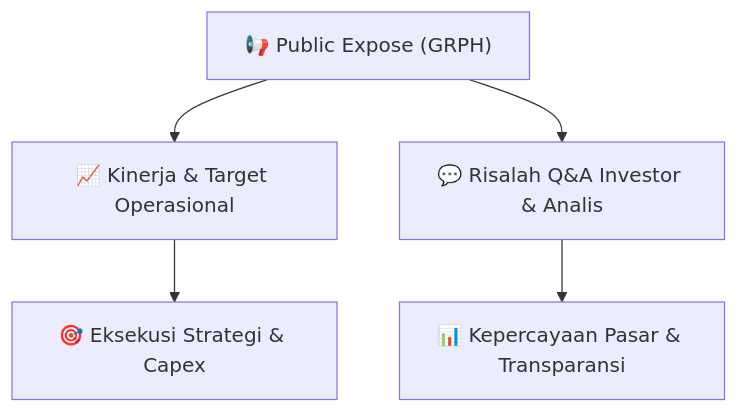
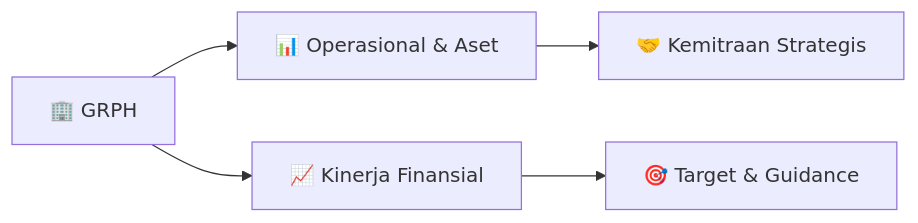
The diagram in reports/summaries/public-exposes/informasi-pubex/GRPH_Public_Expose_20260909.md (anYoneo/alphadigest-idx), drawn with Mermaid before and after one commit. The commit also changed other lines of this file and 526 other files, not shown here.

````diff
--- a/reports/summaries/public-exposes/informasi-pubex/GRPH_Public_Expose_20260909.md
+++ b/reports/summaries/public-exposes/informasi-pubex/GRPH_Public_Expose_20260909.md
@@ -38,7 +46,7 @@
 ```mermaid
-flowchart TD
-    A["📢 Public Expose (GRPH)"] --> B["📈 Kinerja & Target Operasional"]
-    A --> C["💬 Risalah Q&A Investor & Analis"]
-    B --> D["🎯 Eksekusi Strategi & Capex"]
-    C --> E["📊 Kepercayaan Pasar & Transparansi"]
+flowchart LR
+    A["🏢 GRPH"] --> B["📊 Operasional & Aset"]
+    A --> C["📈 Kinerja Finansial"]
+    B --> D["🤝 Kemitraan Strategis"]
+    C --> E["🎯 Target & Guidance"]
 ```
````
